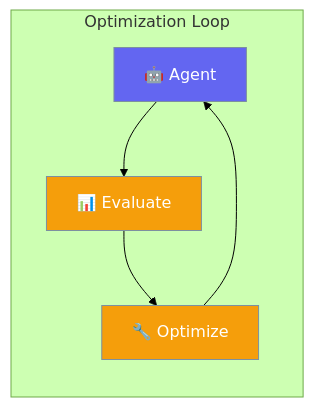
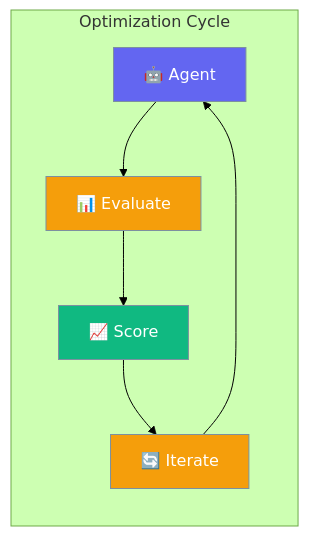
Before and after one commit to MervinPraison/PraisonAIDocs: the first of 2 diagrams in docs/rust/optimizer.mdx, drawn with Mermaid (forest theme). The commit also changed other lines of this file and 87 other files, not shown here.

````diff
--- a/docs/rust/optimizer.mdx
+++ b/docs/rust/optimizer.mdx
@@ -10,14 +10,17 @@
 ```mermaid
 graph LR
-    subgraph "Optimization Loop"
-        A[🤖 Agent] --> E[📊 Evaluate]
-        E --> O[🔧 Optimize]
-        O --> A
+    subgraph "Optimization Cycle"
+        A[🤖 Agent] --> O[📊 Evaluate]
+        O --> S[📈 Score]
+        S --> I[🔄 Iterate]
+        I --> A
     end
     
     classDef agent fill:#6366F1,stroke:#7C90A0,color:#fff
-    classDef process fill:#F59E0B,stroke:#7C90A0,color:#fff
+    classDef eval fill:#F59E0B,stroke:#7C90A0,color:#fff
+    classDef score fill:#10B981,stroke:#7C90A0,color:#fff
     
     class A agent
-    class E,O process
+    class O,I eval
+    class S score
 ```
````
